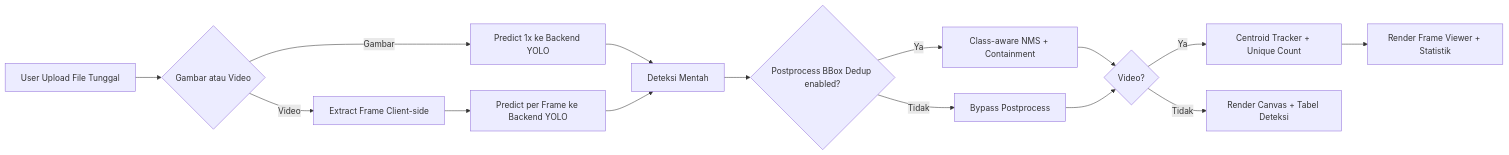
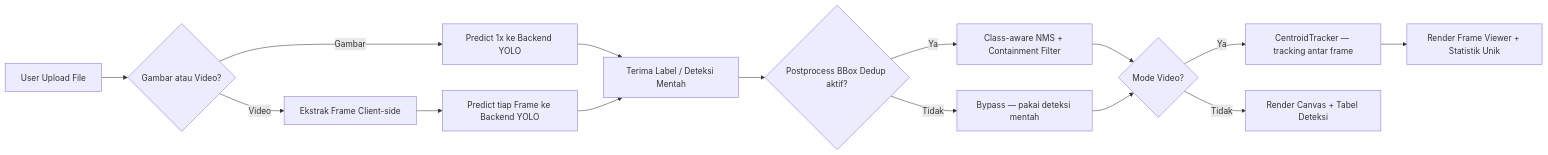
The second of 2 diagrams in docs/architecture.md (muhammad-zainal-muttaqin/tools_sawit), drawn with Mermaid before and after one commit. The commit also changed other lines of this file, not shown here.

````diff
--- a/docs/architecture.md
+++ b/docs/architecture.md
@@ -72,17 +192,17 @@
 ```mermaid
 flowchart LR
-  A[User Upload File Tunggal] --> B{Gambar atau Video}
+  A[User Upload File] --> B{Gambar atau Video?}
   B -->|Gambar| C[Predict 1x ke Backend YOLO]
-  B -->|Video| D[Extract Frame Client-side]
-  D --> E[Predict per Frame ke Backend YOLO]
-  C --> F[Deteksi Mentah]
+  B -->|Video| D[Ekstrak Frame Client-side]
+  D --> E[Predict tiap Frame ke Backend YOLO]
+  C --> F[Terima Label / Deteksi Mentah]
   E --> F
-  F --> G{Postprocess BBox Dedup enabled?}
-  G -->|Ya| H[Class-aware NMS + Containment]
-  G -->|Tidak| I[Bypass Postprocess]
-  H --> J{Video?}
+  F --> G{Postprocess BBox Dedup aktif?}
+  G -->|Ya| H[Class-aware NMS + Containment Filter]
+  G -->|Tidak| I[Bypass — pakai deteksi mentah]
+  H --> J{Mode Video?}
   I --> J
-  J -->|Ya| K[Centroid Tracker + Unique Count]
+  J -->|Ya| K[CentroidTracker — tracking antar frame]
   J -->|Tidak| L[Render Canvas + Tabel Deteksi]
-  K --> M[Render Frame Viewer + Statistik]
+  K --> M[Render Frame Viewer + Statistik Unik]
 ```
````
